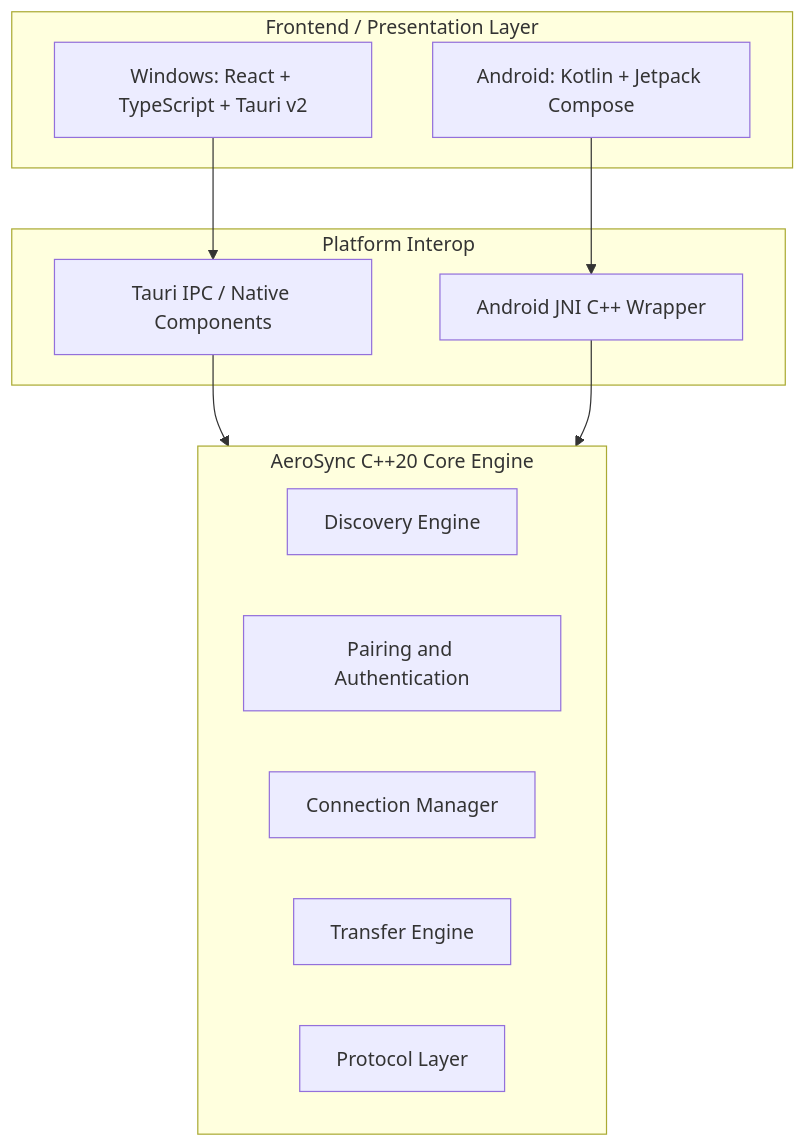
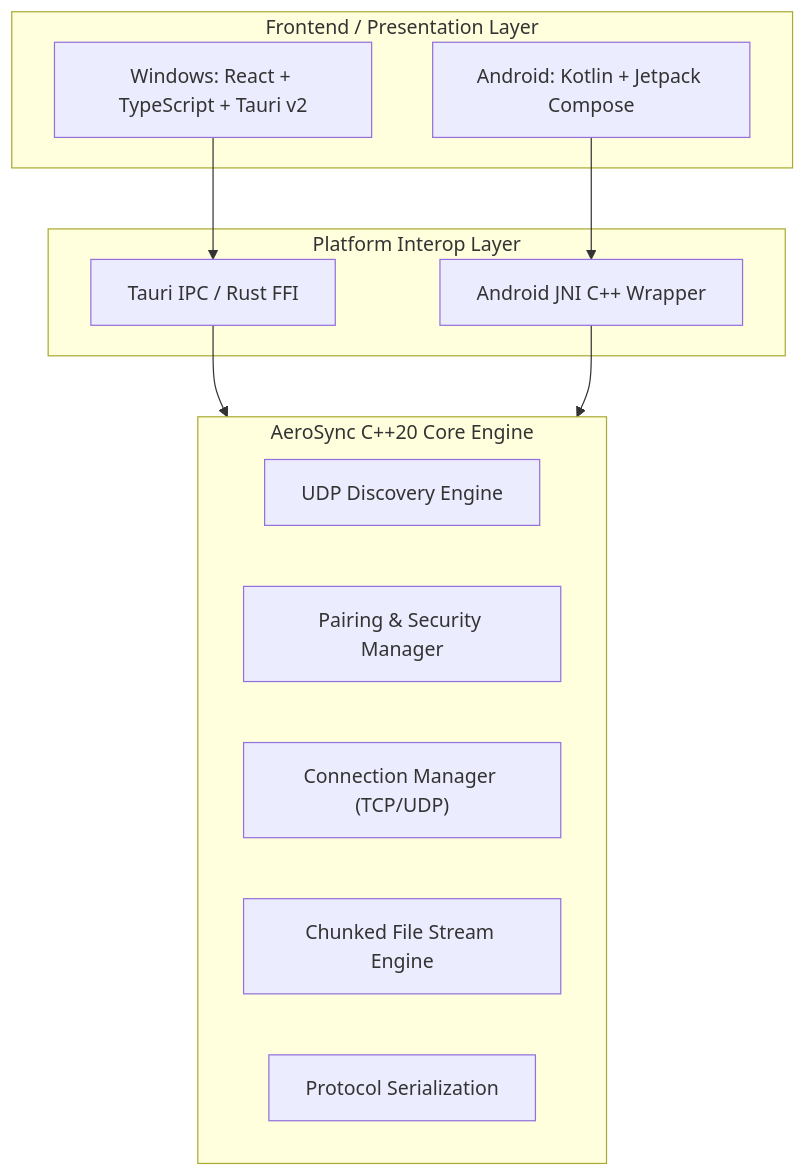
Before and after one commit to Atulsain011/Aero_sync: the diagram in README.md, drawn with Mermaid. The commit also changed other lines of this file, not shown here.

Commit message:
docs(readme): update documentation, architecture, and v1.0.6 download links

````diff
--- a/README.md
+++ b/README.md
@@ -148,25 +72,25 @@
 ```mermaid
 flowchart TD
     subgraph UI["Frontend / Presentation Layer"]
         W_UI["Windows: React + TypeScript + Tauri v2"]
         A_UI["Android: Kotlin + Jetpack Compose"]
     end
 
-    subgraph NativeBridge["Platform Interop"]
-        W_Bridge["Tauri IPC / Native Components"]
+    subgraph NativeBridge["Platform Interop Layer"]
+        W_Bridge["Tauri IPC / Rust FFI"]
         A_Bridge["Android JNI C++ Wrapper"]
     end
 
     subgraph CoreEngine["AeroSync C++20 Core Engine"]
-        DE["Discovery Engine"]
-        PSM["Pairing and Authentication"]
-        CM["Connection Manager"]
-        TE["Transfer Engine"]
-        PS["Protocol Layer"]
+        DE["UDP Discovery Engine"]
+        PSM["Pairing & Security Manager"]
+        CM["Connection Manager (TCP/UDP)"]
+        TE["Chunked File Stream Engine"]
+        PS["Protocol Serialization"]
     end
 
     W_UI --> W_Bridge
     A_UI --> A_Bridge
     W_Bridge --> CoreEngine
     A_Bridge --> CoreEngine
 ```
````
